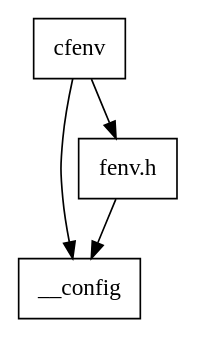
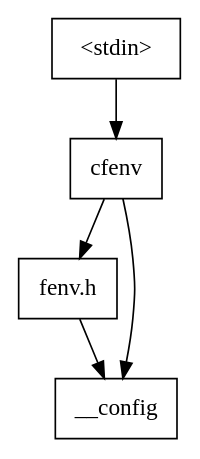
One commit to efcs/libcxx changed the diagram in header_deps_libcxx_only/cfenv.dot. Above: the diagram before and after it, drawn with Graphviz. The commit also changed 222 other files, not shown here.

```diff
--- a/header_deps_libcxx_only/cfenv.dot
+++ b/header_deps_libcxx_only/cfenv.dot
@@ -1,8 +1,10 @@
 digraph "dependencies" {
-  header_1 [ shape="box", label="cfenv"];
-  header_2 [ shape="box", label="__config"];
-  header_11 [ shape="box", label="fenv.h"];
+  header_0 [ shape="box", label="\<stdin\>" ];
+  header_1 [ shape="box", label="cfenv" ];
+  header_11 [ shape="box", label="fenv.h" ];
+  header_2 [ shape="box", label="__config" ];
+  header_11 -> header_2;
+  header_0 -> header_1;
   header_1 -> header_2;
   header_1 -> header_11;
-  header_11 -> header_2;
 }
```
